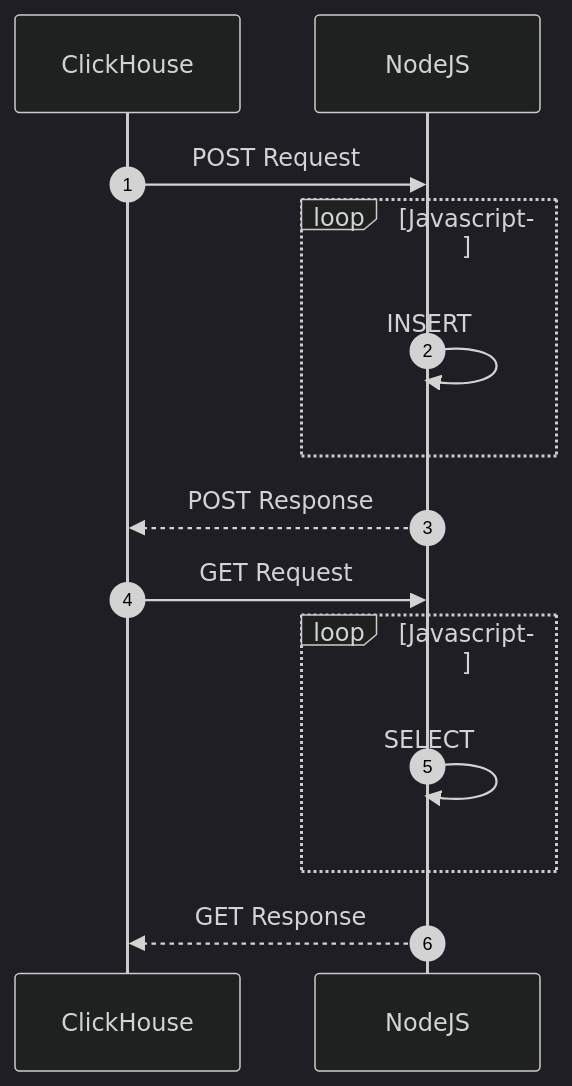
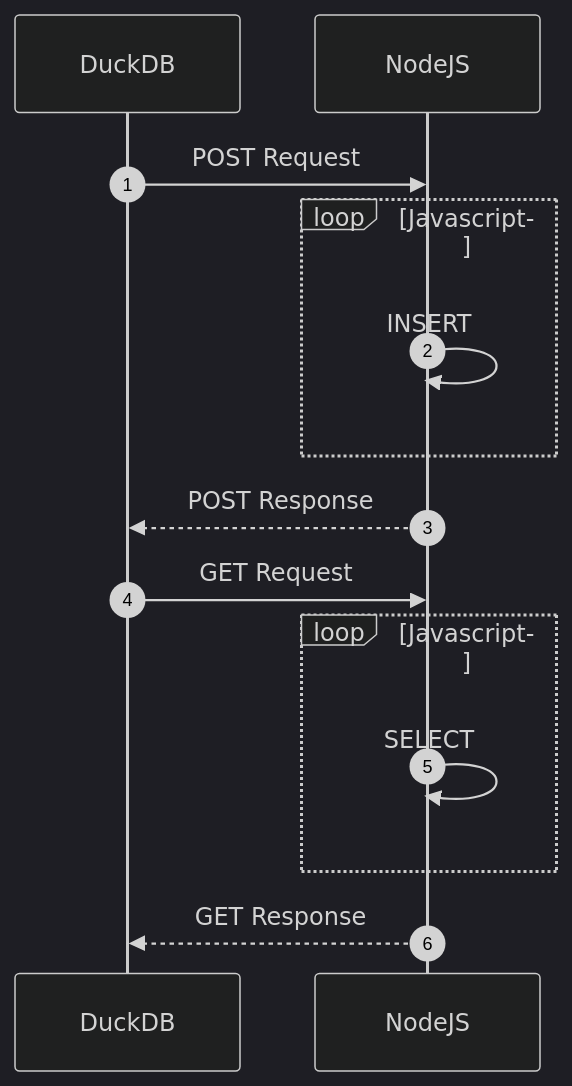
Before and after one commit to metrico/urlengine: the diagram in README.md, drawn with Mermaid (dark theme). The commit also changed other lines of this file, not shown here.

````diff
--- a/README.md
+++ b/README.md
@@ -11,14 +9,14 @@
 ```mermaid
 sequenceDiagram
     autonumber
-    ClickHouse->>NodeJS: POST Request
+    DuckDB->>NodeJS: POST Request
     loop Javascript
         NodeJS->>NodeJS: INSERT
     end
-    NodeJS-->>ClickHouse: POST Response
-    ClickHouse->>NodeJS: GET Request
+    NodeJS-->>DuckDB: POST Response
+    DuckDB->>NodeJS: GET Request
     loop Javascript
         NodeJS->>NodeJS: SELECT
     end
-    NodeJS-->>ClickHouse: GET Response
+    NodeJS-->>DuckDB: GET Response
 ```
````
